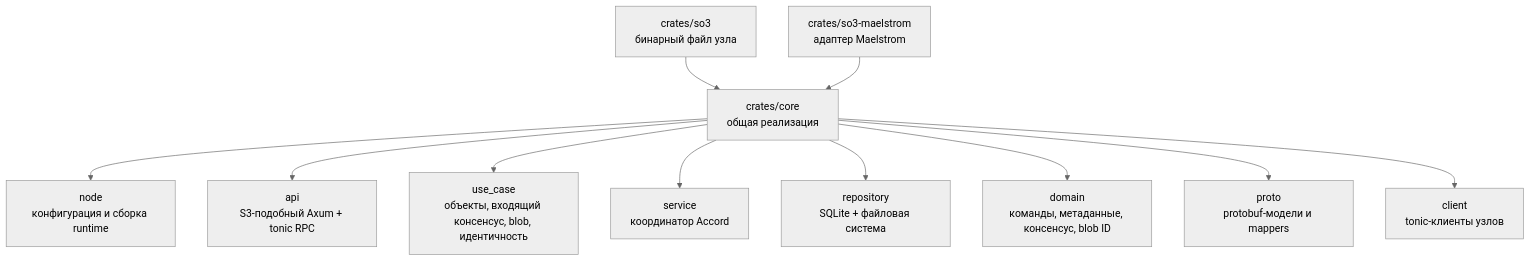
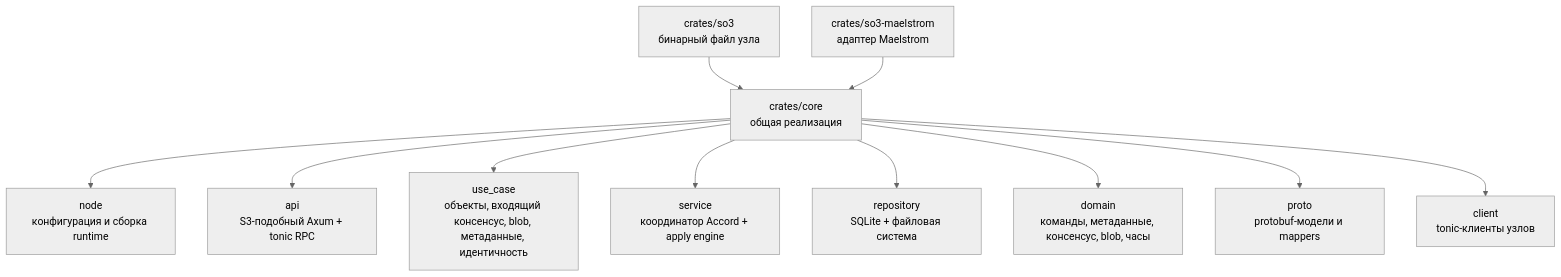
One commit to Bromles/so3 changed the first of 6 diagrams in docs/architecture.md. Above: the diagram before and after it, drawn with Mermaid (neutral theme). The commit also changed other lines of this file and 12 other files, not shown here.

````diff
--- a/docs/architecture.md
+++ b/docs/architecture.md
@@ -15,13 +8,13 @@
 ```mermaid
 flowchart TB
     so3["crates/so3\nбинарный файл узла"] --> core["crates/core\nобщая реализация"]
     maelstrom["crates/so3-maelstrom\nадаптер Maelstrom"] --> core
     core --> node["node\nконфигурация и сборка runtime"]
     core --> api["api\nS3-подобный Axum + tonic RPC"]
-    core --> use_case["use_case\nобъекты, входящий консенсус, blob, идентичность"]
-    core --> service["service\nкоординатор Accord"]
+    core --> use_case["use_case\nобъекты, входящий консенсус, blob, метаданные, идентичность"]
+    core --> service["service\nкоординатор Accord + apply engine"]
     core --> repo["repository\nSQLite + файловая система"]
-    core --> domain["domain\nкоманды, метаданные, консенсус, blob ID"]
+    core --> domain["domain\nкоманды, метаданные, консенсус, blob, часы"]
     core --> proto["proto\nprotobuf-модели и mappers"]
     core --> client["client\ntonic-клиенты узлов"]
 ```
````
